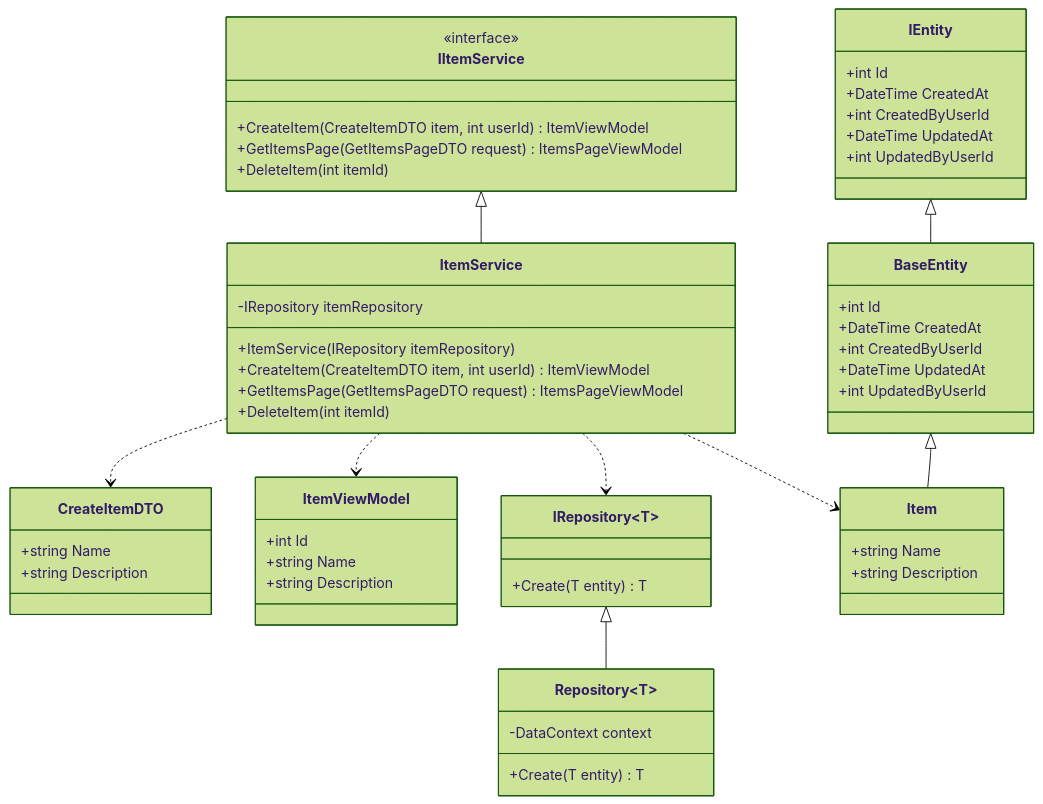
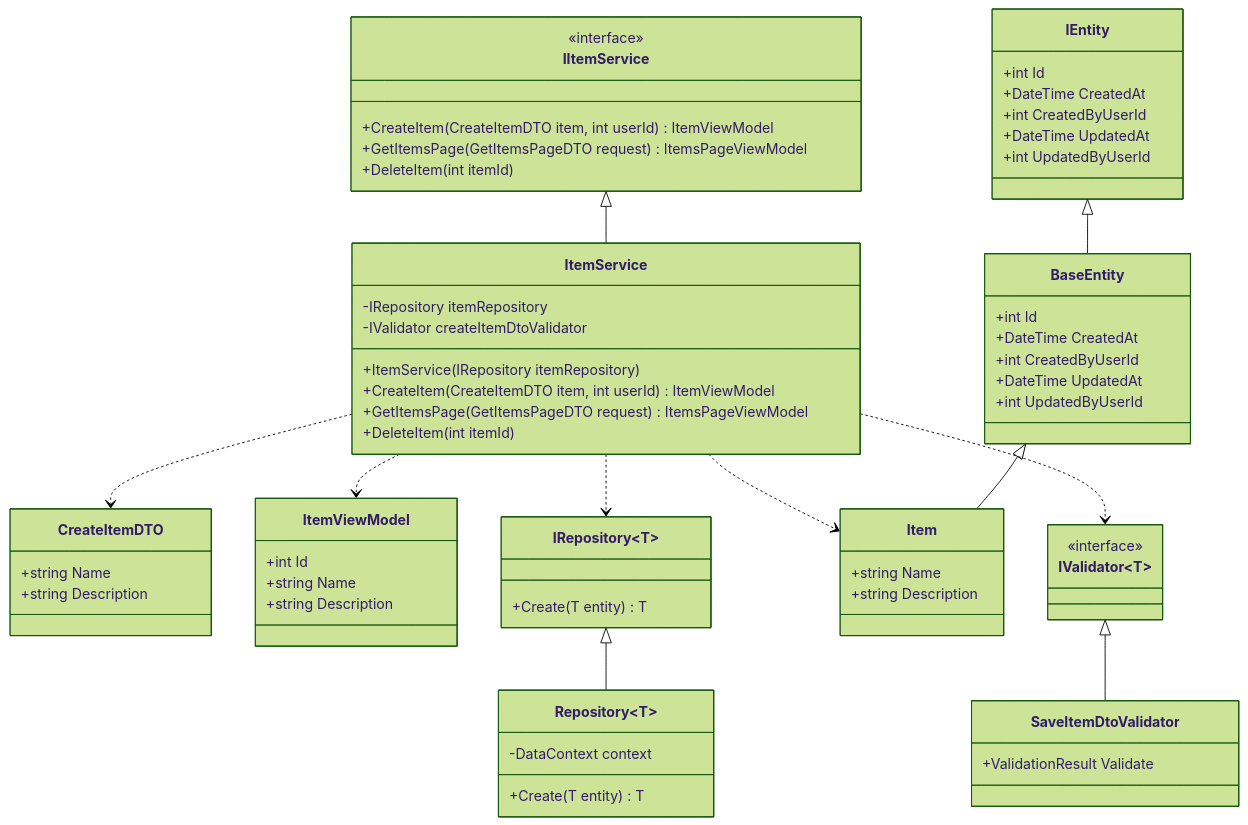
Before and after one commit to valadas/Eraware_Dnn_Templates: the seventh of 8 diagrams in Eraware_Dnn_Spa_Ef_Di_Stencil/module/docfx_project/articles/project-architecture.md, drawn with Mermaid (forest theme). The commit also changed other lines of this file and 34 other files, not shown here.

````diff
--- a/Eraware_Dnn_Spa_Ef_Di_Stencil/module/docfx_project/articles/project-architecture.md
+++ b/Eraware_Dnn_Spa_Ef_Di_Stencil/module/docfx_project/articles/project-architecture.md
@@ -270,57 +274,67 @@
 ```mermaid
 classDiagram
     class CreateItemDTO
         CreateItemDTO: +string Name
         CreateItemDTO: +string Description
 
     class ItemViewModel
         ItemViewModel: +int Id
         ItemViewModel: +string Name
         ItemViewModel: +string Description
 
     class ItemService
         ItemService: -IRepository<Item> itemRepository
+        ItemService: -IValidator<CreateItemDto> createItemDtoValidator
         ItemService: +ItemService(IRepository<Item> itemRepository)
         ItemService: +CreateItem(CreateItemDTO item, int userId) ItemViewModel
         ItemService: +GetItemsPage(GetItemsPageDTO request) ItemsPageViewModel
         ItemService: +DeleteItem(int itemId)
-    ItemService ..> CreateItemDTO
-    ItemService ..> ItemViewModel
-    ItemService ..> IRepository~T~
-    ItemService ..> Item
+        ItemService ..> CreateItemDTO
+        ItemService ..> ItemViewModel
+        ItemService ..> IRepository~T~
+        ItemService ..> Item
+        ItemService ..> IValidator~T~
 
     class IItemService
         <<interface>> IItemService
         IItemService: +CreateItem(CreateItemDTO item, int userId) ItemViewModel
         IItemService: +GetItemsPage(GetItemsPageDTO request) ItemsPageViewModel
         IItemService: +DeleteItem(int itemId)
     IItemService <|-- ItemService
 
     class IRepository~T~
         IRepository~T~: +Create(T entity) T
 
     class Repository~T~
         Repository~T~: -DataContext context
         Repository~T~: +Create(T entity) T
     IRepository~T~ <|-- Repository~T~
 
     class Item
         Item: +string Name
         Item: +string Description
     BaseEntity <|-- Item
 
     class BaseEntity
         BaseEntity: +int Id
         BaseEntity: +DateTime CreatedAt
         BaseEntity: +int CreatedByUserId
         BaseEntity: +DateTime UpdatedAt
         BaseEntity: +int UpdatedByUserId
 
     class IEntity
         IEntity: +int Id
         IEntity: +DateTime CreatedAt
         IEntity: +int CreatedByUserId
         IEntity: +DateTime UpdatedAt
         IEntity: +int UpdatedByUserId
     IEntity <|-- BaseEntity
+
+    class SaveItemDtoValidator
+        SaveItemDtoValidator: +ValidationResult Validate
+
+    class IValidator~T~
+        <<interface>> IValidator~T~
+
+    IValidator~T~ <|-- SaveItemDtoValidator
 ```
````
